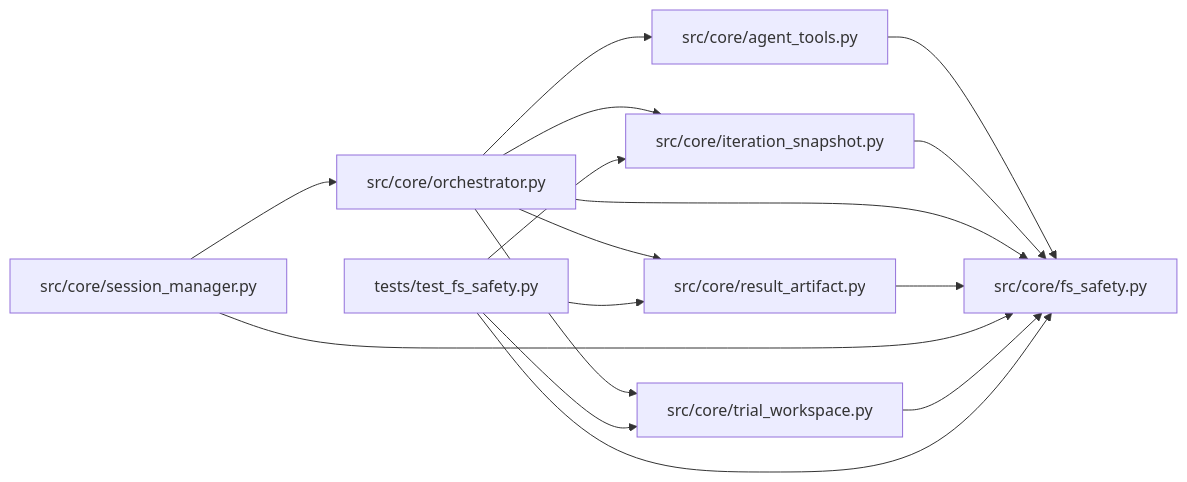
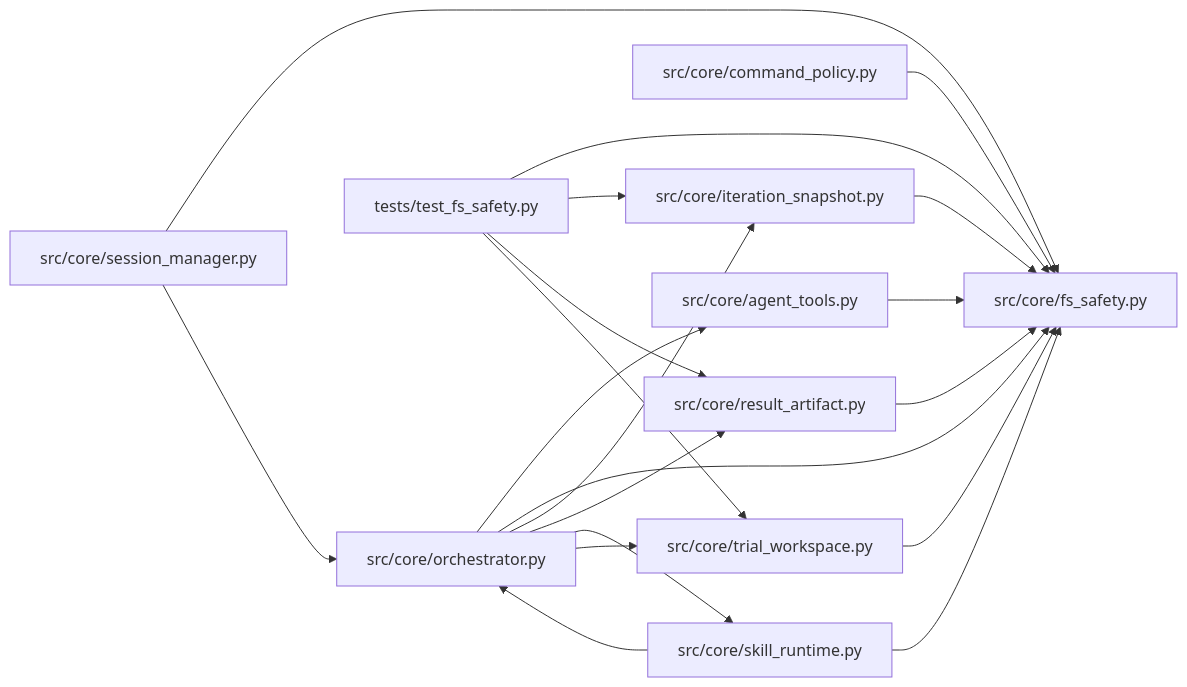
One commit to Denissvgn/autoresearch-agent changed the diagram in docs/llm_wiki/modules/fs_safety.md. Above: the diagram before and after it, drawn with Mermaid. The commit also changed other lines of this file and 54 other files, not shown here.

````diff
--- a/docs/llm_wiki/modules/fs_safety.md
+++ b/docs/llm_wiki/modules/fs_safety.md
@@ -51,34 +52,42 @@
 ```mermaid
 flowchart LR
     n0["src/core/agent_tools.py"]
-    n1["src/core/fs_safety.py"]
-    n2["src/core/iteration_snapshot.py"]
-    n3["src/core/orchestrator.py"]
-    n4["src/core/result_artifact.py"]
-    n5["src/core/session_manager.py"]
-    n6["src/core/trial_workspace.py"]
-    n7["tests/test_fs_safety.py"]
-    n0 --> n1
-    n2 --> n1
-    n3 --> n0
-    n3 --> n1
+    n1["src/core/command_policy.py"]
+    n2["src/core/fs_safety.py"]
+    n3["src/core/iteration_snapshot.py"]
+    n4["src/core/orchestrator.py"]
+    n5["src/core/result_artifact.py"]
+    n6["src/core/session_manager.py"]
+    n7["src/core/skill_runtime.py"]
+    n8["src/core/trial_workspace.py"]
+    n9["tests/test_fs_safety.py"]
+    n0 --> n2
+    n1 --> n2
     n3 --> n2
-    n3 --> n4
-    n3 --> n6
-    n4 --> n1
-    n5 --> n1
-    n5 --> n3
-    n6 --> n1
-    n7 --> n1
+    n4 --> n0
+    n4 --> n2
+    n4 --> n3
+    n4 --> n5
+    n4 --> n7
+    n4 --> n8
+    n5 --> n2
+    n6 --> n2
+    n6 --> n4
     n7 --> n2
     n7 --> n4
-    n7 --> n6
+    n8 --> n2
+    n9 --> n2
+    n9 --> n3
+    n9 --> n5
+    n9 --> n8
     click n0 "../modules/agent_tools.md"
-    click n1 "../modules/fs_safety.md"
-    click n2 "../modules/iteration_snapshot.md"
-    click n3 "../modules/orchestrator.md"
-    click n4 "../modules/result_artifact.md"
-    click n5 "../modules/session_manager.md"
-    click n6 "../modules/trial_workspace.md"
-    click n7 "../modules/test_fs_safety.md"
+    click n1 "../modules/command_policy.md"
+    click n2 "../modules/fs_safety.md"
+    click n3 "../modules/iteration_snapshot.md"
+    click n4 "../modules/orchestrator.md"
+    click n5 "../modules/result_artifact.md"
+    click n6 "../modules/session_manager.md"
+    click n7 "../modules/skill_runtime.md"
+    click n8 "../modules/trial_workspace.md"
+    click n9 "../modules/test_fs_safety.md"
 ```
````
